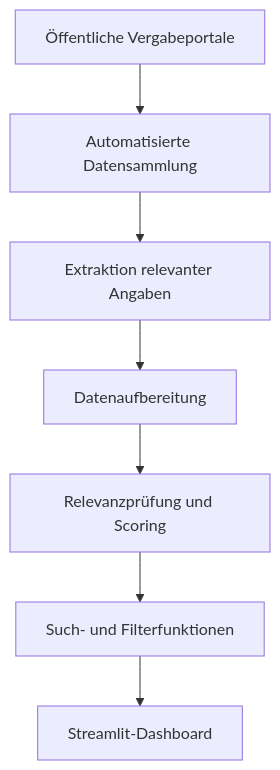
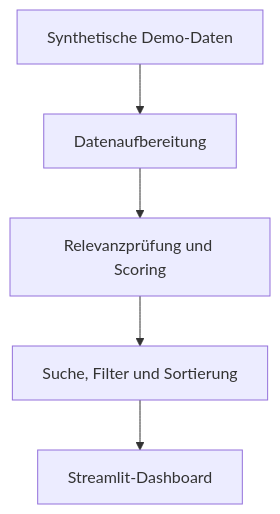
The diagram in README.md (Alfayad96/Tender-Radar), drawn with Mermaid before and after one commit. The commit also changed other lines of this file and 11 other files, not shown here.

````diff
--- a/README.md
+++ b/README.md
@@ -38,9 +50,7 @@
 ```mermaid
 flowchart TD
-    A[Öffentliche Vergabeportale] --> B[Automatisierte Datensammlung]
-    B --> C[Extraktion relevanter Angaben]
-    C --> D[Datenaufbereitung]
-    D --> E[Relevanzprüfung und Scoring]
-    E --> F[Such- und Filterfunktionen]
-    F --> G[Streamlit-Dashboard]
+    A[Synthetische Demo-Daten] --> B[Datenaufbereitung]
+    B --> C[Relevanzprüfung und Scoring]
+    C --> D[Suche, Filter und Sortierung]
+    D --> E[Streamlit-Dashboard]
 ```
````
